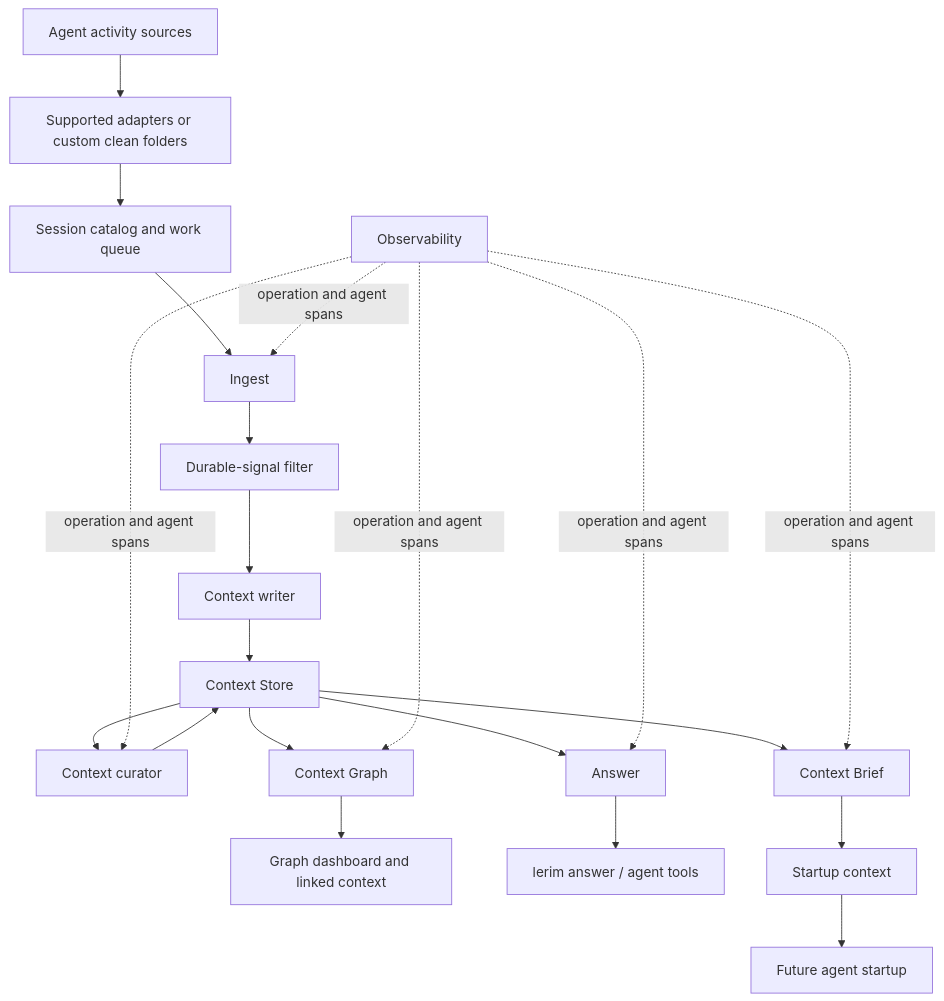
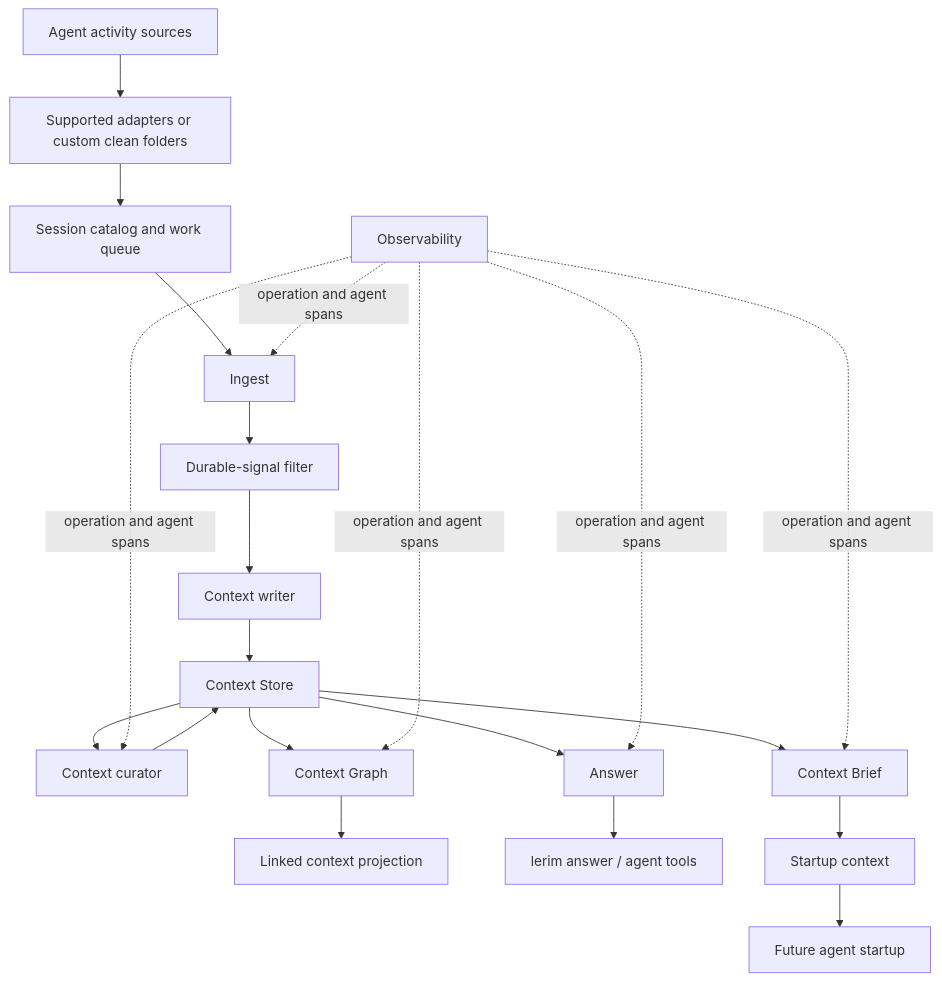
The first of 2 diagrams in docs/concepts/how-it-works.md (lerim-dev/lerim), drawn with Mermaid before and after one commit. The commit also changed other lines of this file and 243 other files, not shown here.

````diff
--- a/docs/concepts/how-it-works.md
+++ b/docs/concepts/how-it-works.md
@@ -27,28 +27,28 @@
 ```mermaid
 flowchart TD
     A["Agent activity sources"] --> B["Supported adapters or custom clean folders"]
     B --> C["Session catalog and work queue"]
     C --> D["Ingest"]
     D --> E["Durable-signal filter"]
     E --> F["Context writer"]
     F --> G["Context Store"]
 
     G --> H["Context curator"]
     H --> G
 
     G --> O["Context Graph"]
-    O --> P["Graph dashboard and linked context"]
+    O --> P["Linked context projection"]
 
     G --> I["Answer"]
     I --> J["lerim answer / agent tools"]
 
     G --> K["Context Brief"]
     K --> L["Startup context"]
     L --> M["Future agent startup"]
 
     N["Observability"] -. "operation and agent spans" .-> D
     N -. "operation and agent spans" .-> H
     N -. "operation and agent spans" .-> O
     N -. "operation and agent spans" .-> I
     N -. "operation and agent spans" .-> K
 ```
````
